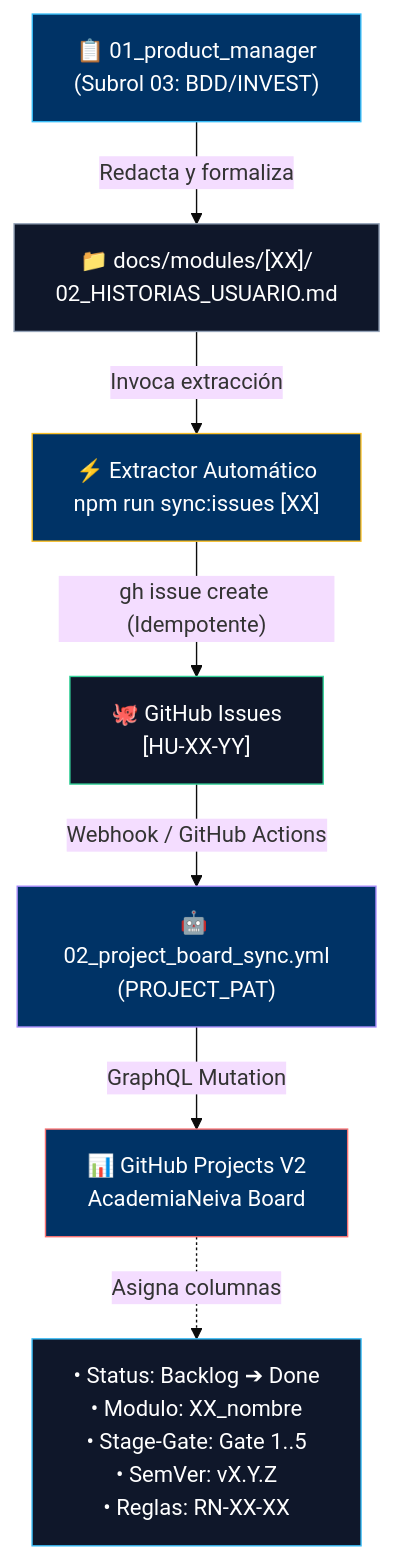
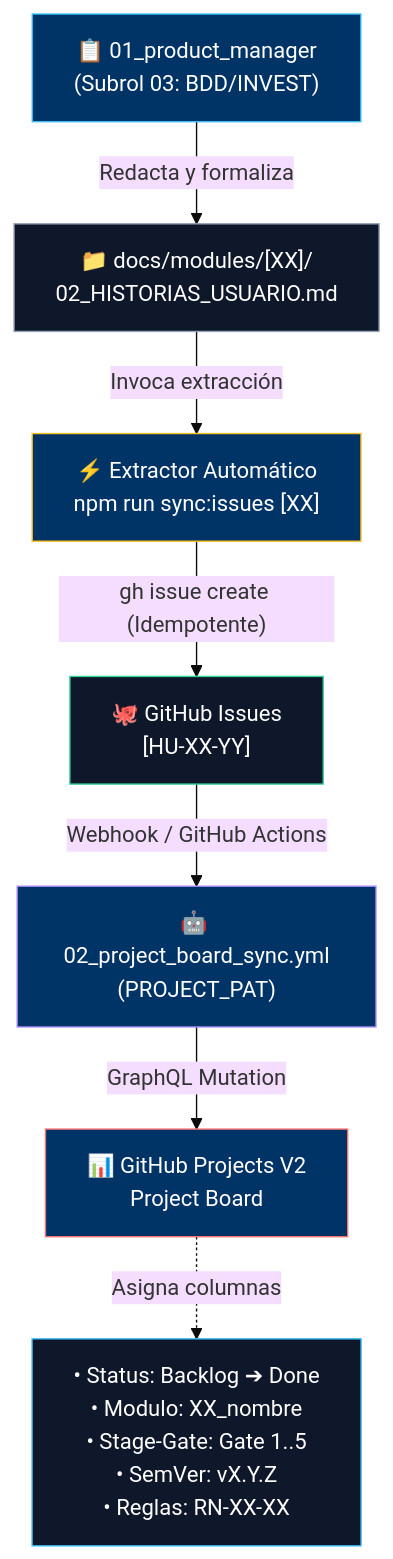
One commit to DanExl24/multiagent-sdlc-starter changed the diagram in multiAgents/06_devops_release/subroles/05_project_board_sync_automator.md. Above: the diagram before and after it, drawn with Mermaid (base theme). The commit also changed other lines of this file and 35 other files, not shown here.

````diff
--- a/multiAgents/06_devops_release/subroles/05_project_board_sync_automator.md
+++ b/multiAgents/06_devops_release/subroles/05_project_board_sync_automator.md
@@ -23,18 +23,18 @@
 ```mermaid
 flowchart TD
     PM["📋 01_product_manager<br/>(Subrol 03: BDD/INVEST)"] -->|"Redacta y formaliza"| DOC["📁 docs/modules/[XX]/<br/>02_HISTORIAS_USUARIO.md"]
     DOC -->|"Invoca extracción"| CLI["⚡ Extractor Automático<br/>npm run sync:issues [XX]"]
     CLI -->|"gh issue create (Idempotente)"| ISSUES["🐙 GitHub Issues<br/>[HU-XX-YY]"]
     ISSUES -->|"Webhook / GitHub Actions"| CI["🤖 02_project_board_sync.yml<br/>(PROJECT_PAT)"]
-    CI -->|"GraphQL Mutation"| BOARD["📊 GitHub Projects V2<br/>AcademiaNeiva Board"]
+    CI -->|"GraphQL Mutation"| BOARD["📊 GitHub Projects V2<br/>Project Board"]
     
     BOARD -.->|"Asigna columnas"| COLS["• Status: Backlog ➔ Done<br/>• Modulo: XX_nombre<br/>• Stage-Gate: Gate 1..5<br/>• SemVer: vX.Y.Z<br/>• Reglas: RN-XX-XX"]
 
     style PM fill:#003366,stroke:#38bdf8,color:#ffffff
     style DOC fill:#0f172a,stroke:#94a3b8,color:#ffffff
     style CLI fill:#003366,stroke:#fbbf24,color:#ffffff
     style ISSUES fill:#0f172a,stroke:#34d399,color:#ffffff
     style CI fill:#003366,stroke:#a78bfa,color:#ffffff
     style BOARD fill:#003366,stroke:#f87171,color:#ffffff
     style COLS fill:#0f172a,stroke:#38bdf8,color:#ffffff
 ```
````
